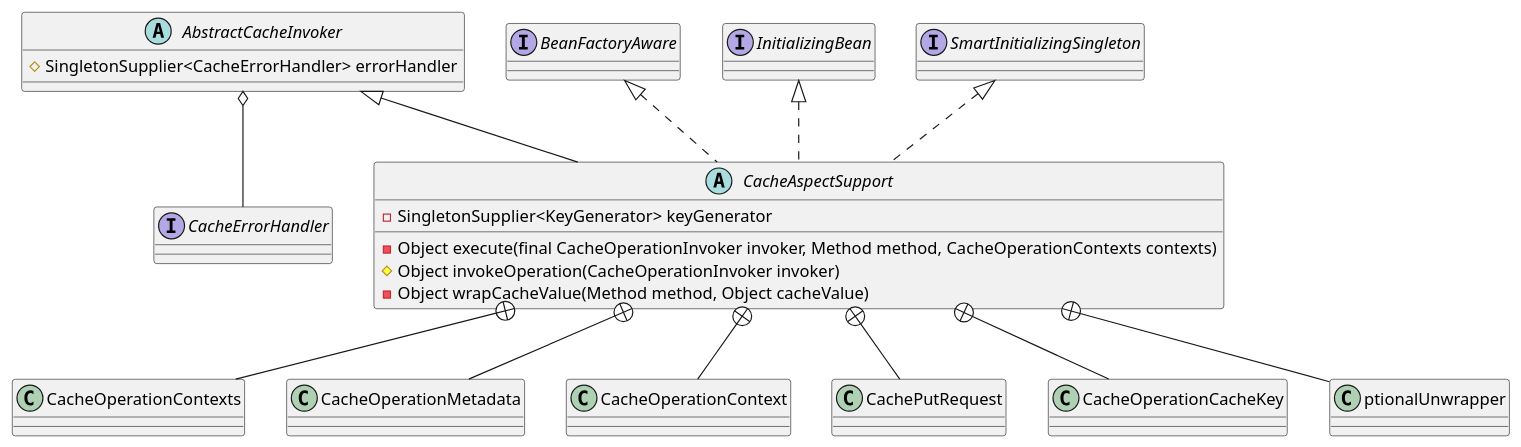
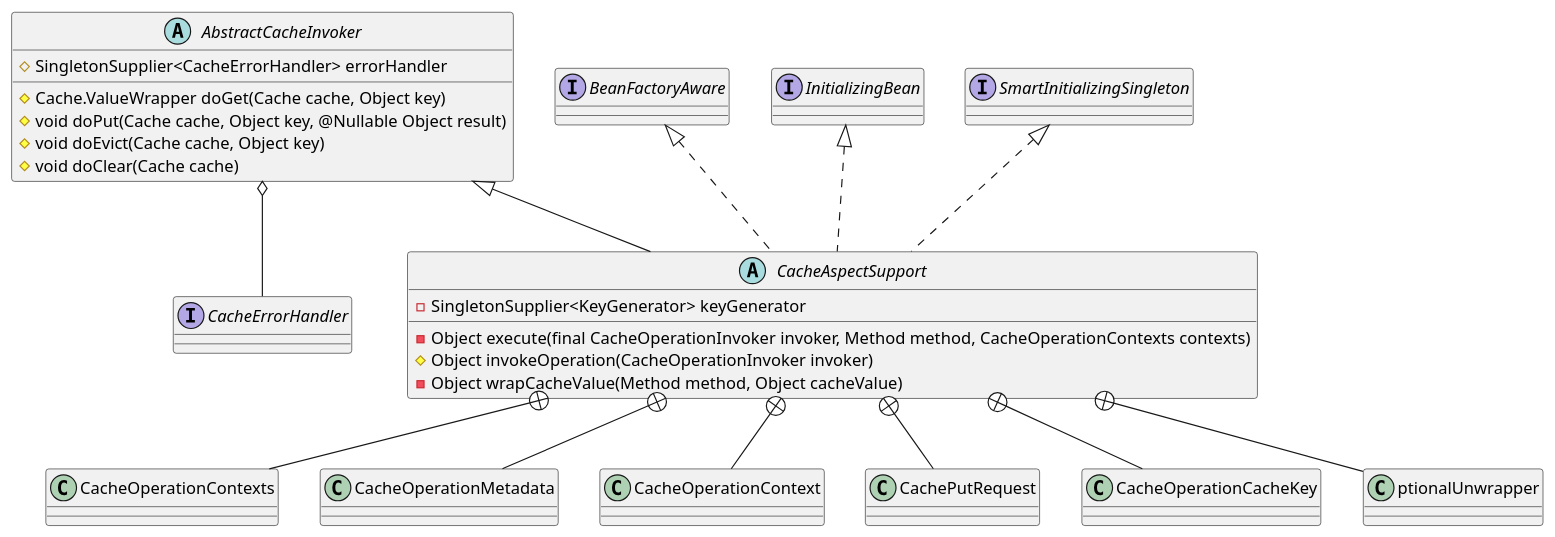
Before and after one commit to onlyonion/development: the diagram in 20-framework/src/spring/spring-context/cache/interceptor/CacheAspectSupport.md, drawn with PlantUML. The commit also changed 14 other files, not shown here.

````diff
--- a/20-framework/src/spring/spring-context/cache/interceptor/CacheAspectSupport.md
+++ b/20-framework/src/spring/spring-context/cache/interceptor/CacheAspectSupport.md
@@ -12,37 +12,40 @@
 ```plantuml
 @startuml
 
 ''''''''''''''''''''''''''''AbstractCacheInvoker'''''''''''''''''''''''''''''''''''
 abstract class AbstractCacheInvoker {
     # SingletonSupplier<CacheErrorHandler> errorHandler
+    # Cache.ValueWrapper doGet(Cache cache, Object key)
+    # void doPut(Cache cache, Object key, @Nullable Object result)
+    # void doEvict(Cache cache, Object key)
+    # void doClear(Cache cache)
 }
 interface CacheErrorHandler
 AbstractCacheInvoker o-- CacheErrorHandler
 AbstractCacheInvoker ^-- CacheAspectSupport
 
 ''''''''''''''''''''''''''''CacheAspectSupport'''''''''''''''''''''''''''''''''''
 interface BeanFactoryAware
 interface InitializingBean
 interface SmartInitializingSingleton
 
 BeanFactoryAware ^.. CacheAspectSupport
 InitializingBean ^.. CacheAspectSupport
 SmartInitializingSingleton ^.. CacheAspectSupport
 
 abstract class CacheAspectSupport {
     - SingletonSupplier<KeyGenerator> keyGenerator
     - Object execute(final CacheOperationInvoker invoker, Method method, CacheOperationContexts contexts)
     # Object invokeOperation(CacheOperationInvoker invoker)
     - Object wrapCacheValue(Method method, Object cacheValue) 
 }
 
-
 CacheAspectSupport +-- CacheOperationContexts
 CacheAspectSupport +-- CacheOperationMetadata
 CacheAspectSupport +-- CacheOperationContext
 CacheAspectSupport +-- CachePutRequest
 CacheAspectSupport +-- CacheOperationCacheKey
 CacheAspectSupport +-- ptionalUnwrapper
 
 @enduml
 ```
````
